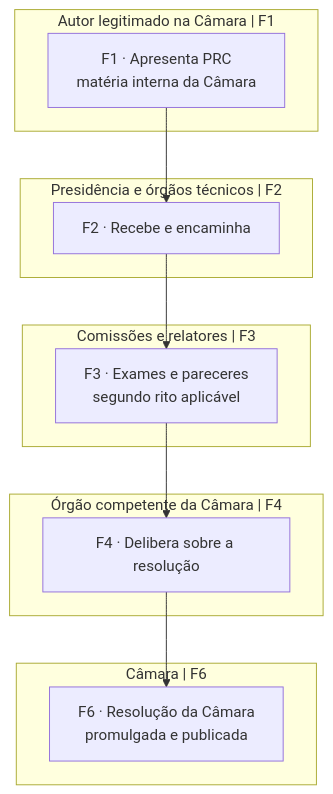
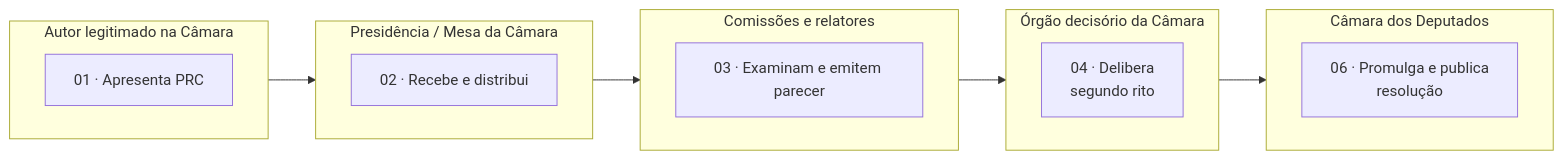
The sixth of 10 diagrams in 3 - Materias/Direito Constitucional/38 - blueprints do processo legislativo por especie normativa.md (leorruas/concursos), drawn with Mermaid before and after one commit. The commit also changed other lines of this file, not shown here.

Commit message:
docs: transformar blueprints por espécie em faixas de atores e fases com links de apoio

````diff
--- a/3 - Materias/Direito Constitucional/38 - blueprints do processo legislativo por especie normativa.md
+++ b/3 - Materias/Direito Constitucional/38 - blueprints do processo legislativo por especie normativa.md
@@ -204,19 +227,24 @@
 ```mermaid
-flowchart TB
- subgraph PROP["Autor legitimado na Câmara | F1"]
- A["F1 · Apresenta PRC<br/>matéria interna da Câmara"]
- end
- subgraph MESA["Presidência e órgãos técnicos | F2"]
- B["F2 · Recebe e encaminha"]
- end
- subgraph COM["Comissões e relatores | F3"]
- C["F3 · Exames e pareceres<br/>segundo rito aplicável"]
- end
- subgraph CAM["Órgão competente da Câmara | F4"]
- D["F4 · Delibera sobre a resolução"]
- end
- subgraph FINAL["Câmara | F6"]
- E["F6 · Resolução da Câmara<br/>promulgada e publicada"]
- end
- A --> B --> C --> D --> E
+flowchart LR
+  subgraph L0["Autor legitimado na Câmara"]
+    direction LR
+    a["01 · Apresenta PRC"]
+  end
+  subgraph L1["Presidência / Mesa da Câmara"]
+    direction LR
+    b["02 · Recebe e distribui"]
+  end
+  subgraph L2["Comissões e relatores"]
+    direction LR
+    c["03 · Examinam e emitem parecer"]
+  end
+  subgraph L3["Órgão decisório da Câmara"]
+    direction LR
+    d["04 · Delibera<br/>segundo rito"]
+  end
+  subgraph L4["Câmara dos Deputados"]
+    direction LR
+    e["06 · Promulga e publica<br/>resolução"]
+  end
+  a --> b --> c --> d --> e
 ```
````
